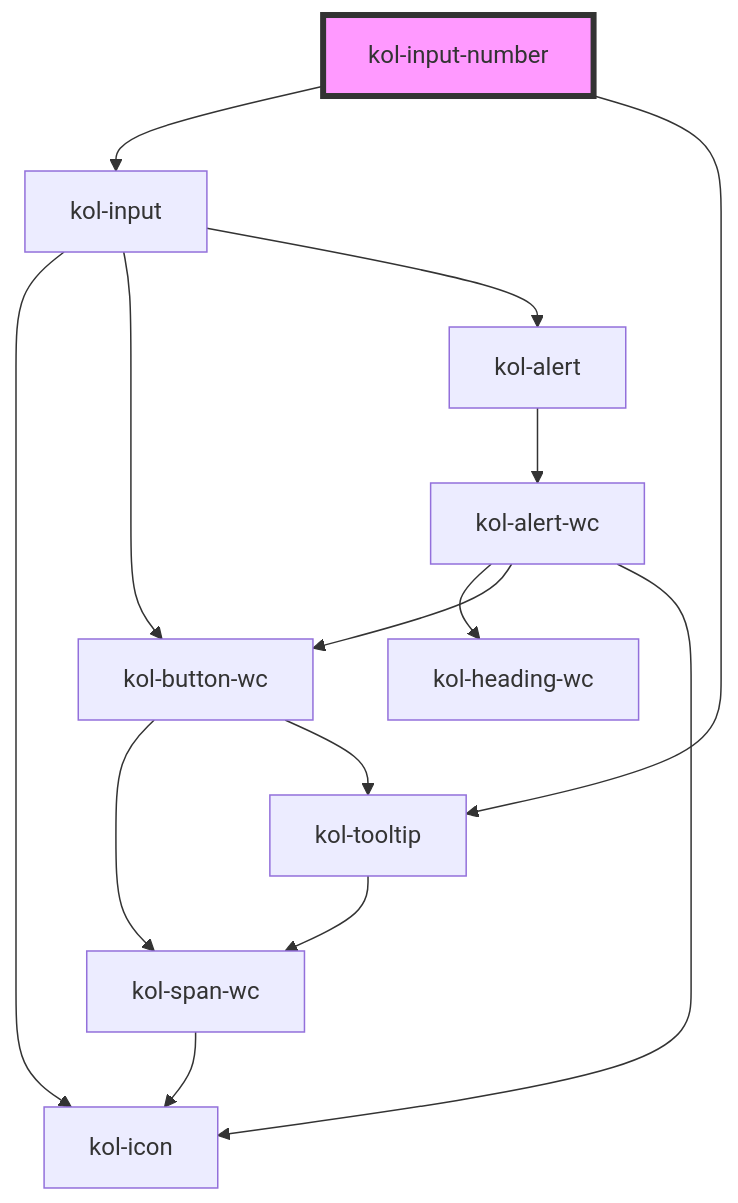
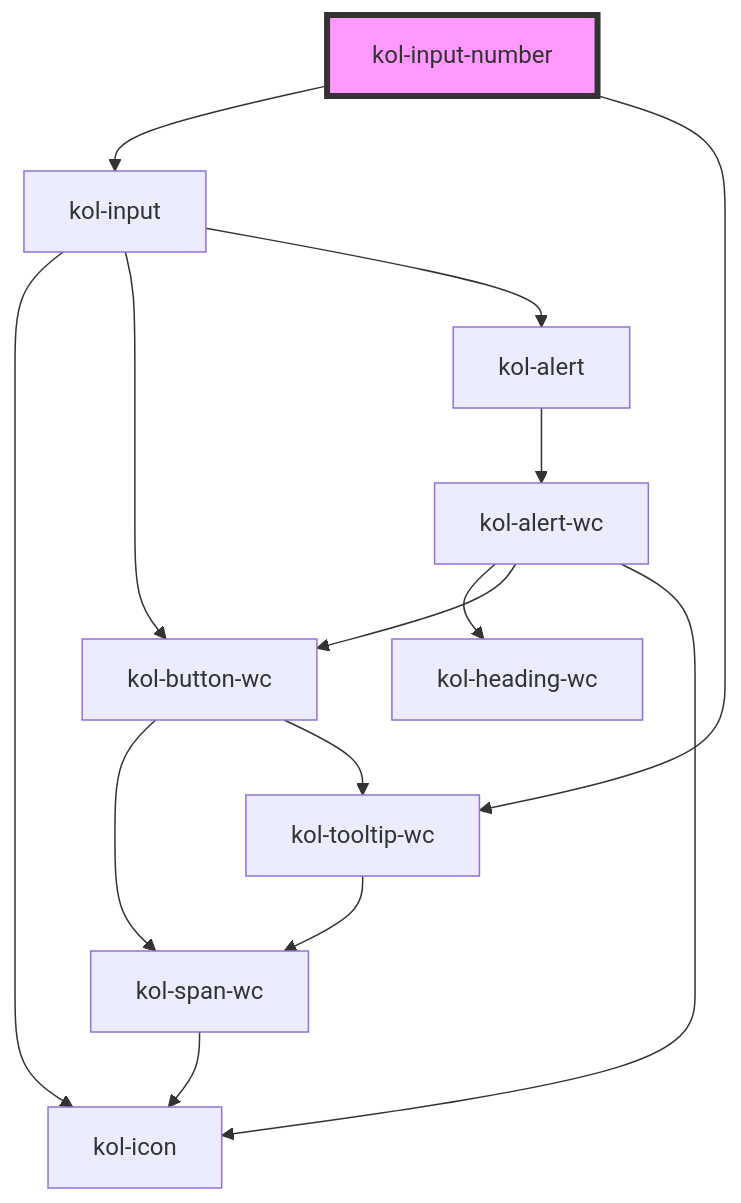
One commit to public-ui/kolibri changed the diagram in packages/components/src/components/input-number/readme.md. Above: the diagram before and after it, drawn with Mermaid. The commit also changed other lines of this file and 99 other files, not shown here.

````diff
--- a/packages/components/src/components/input-number/readme.md
+++ b/packages/components/src/components/input-number/readme.md
@@ -82,17 +82,17 @@
 ```mermaid
 graph TD;
   kol-input-number --> kol-input
-  kol-input-number --> kol-tooltip
+  kol-input-number --> kol-tooltip-wc
   kol-input --> kol-icon
   kol-input --> kol-button-wc
   kol-input --> kol-alert
   kol-button-wc --> kol-span-wc
-  kol-button-wc --> kol-tooltip
+  kol-button-wc --> kol-tooltip-wc
   kol-span-wc --> kol-icon
-  kol-tooltip --> kol-span-wc
+  kol-tooltip-wc --> kol-span-wc
   kol-alert --> kol-alert-wc
   kol-alert-wc --> kol-heading-wc
   kol-alert-wc --> kol-button-wc
   kol-alert-wc --> kol-icon
   style kol-input-number fill:#f9f,stroke:#333,stroke-width:4px
 ```
````
